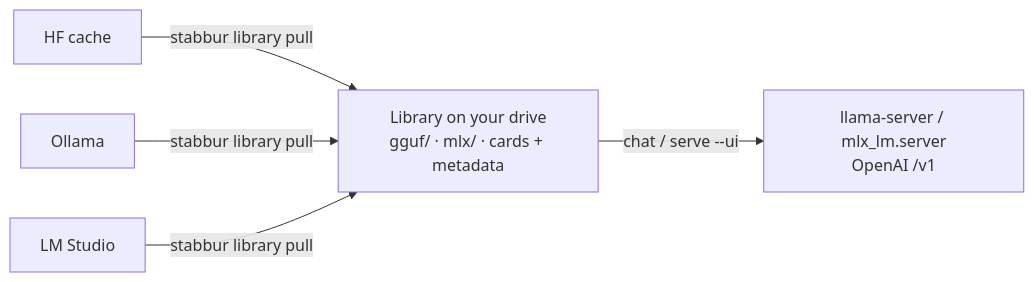
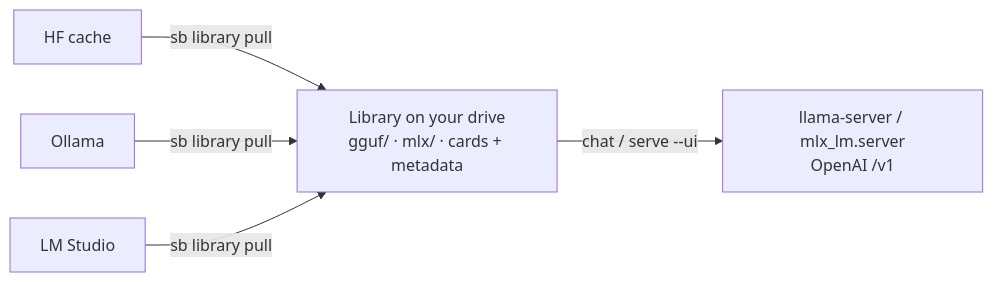
The diagram in docs/index.md (winterop-com/stabbur), drawn with Mermaid before and after one commit. The commit also changed other lines of this file and 44 other files, not shown here.

````diff
--- a/docs/index.md
+++ b/docs/index.md
@@ -12,7 +12,7 @@
 ```mermaid
 flowchart LR
-    hf["HF cache"] -->|stabbur library pull| lib
-    ol["Ollama"] -->|stabbur library pull| lib
-    ls["LM Studio"] -->|stabbur library pull| lib
+    hf["HF cache"] -->|sb library pull| lib
+    ol["Ollama"] -->|sb library pull| lib
+    ls["LM Studio"] -->|sb library pull| lib
     lib["Library on your drive<br/>gguf/ · mlx/ · cards + metadata"] -->|chat / serve --ui| rt["llama-server / mlx_lm.server<br/>OpenAI /v1 "]
 ```
````
